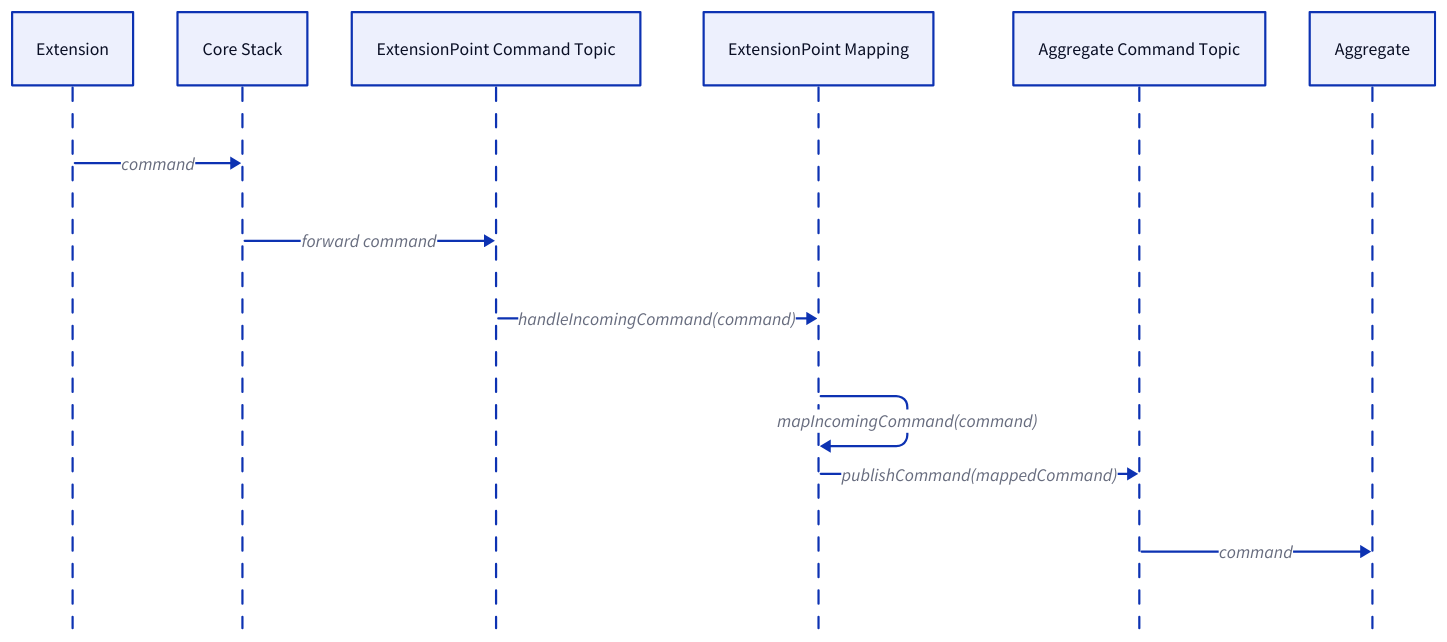
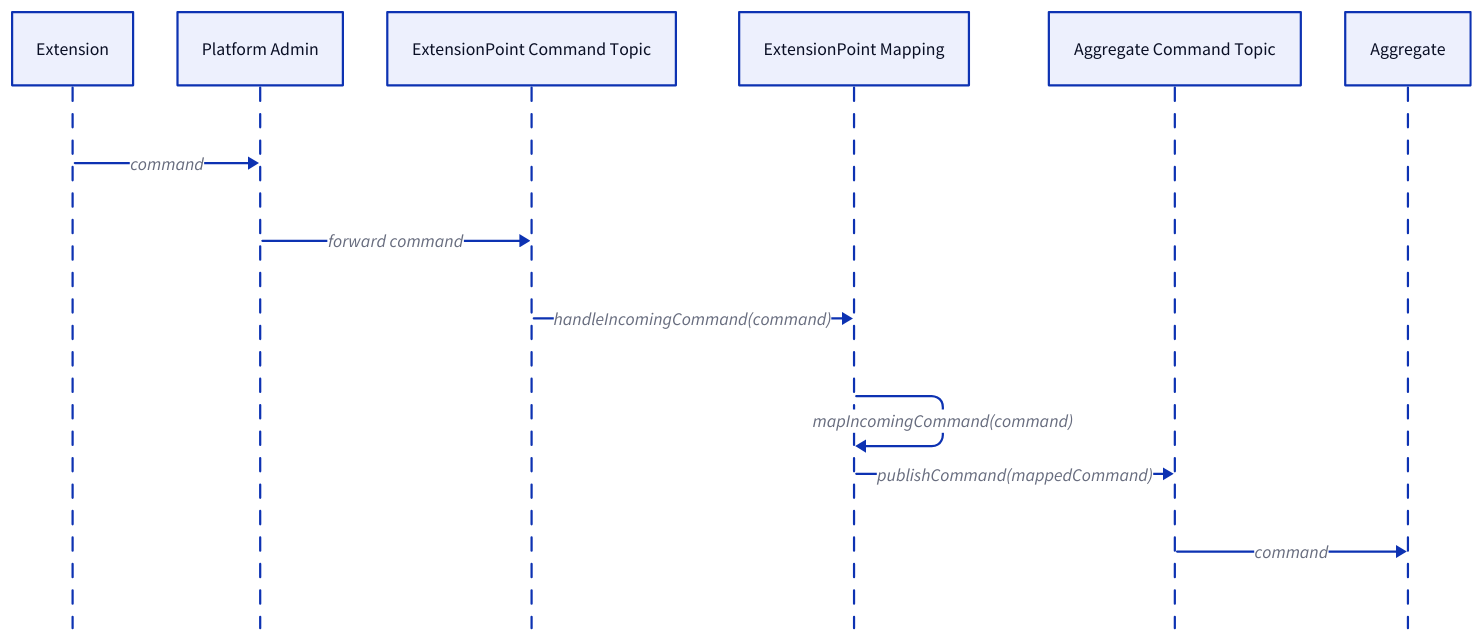
Before and after one commit to ReventlessDev/reventless-core: the third of 3 diagrams in packages/doc/docs-app/components/extensionpoint.md, drawn with D2. The commit also changed other lines of this file and 92 other files, not shown here.

````diff
--- a/packages/doc/docs-app/components/extensionpoint.md
+++ b/packages/doc/docs-app/components/extensionpoint.md
@@ -300,17 +300,17 @@
 ```d2
 shape: sequence_diagram
 
 Extension: Extension { class: extension }
-CoreStack: Core Stack { class: external-system }
+Admin: Platform Admin { class: external-system }
 EPCommandTopic: ExtensionPoint Command Topic { class: command-topic }
 EPMapping: ExtensionPoint Mapping { class: event-mapper }
 AggCommandTopic: Aggregate Command Topic { class: command-topic }
 Aggregate: Aggregate { class: aggregate }
 
-Extension -> CoreStack: command
-CoreStack -> EPCommandTopic: forward command
+Extension -> Admin: command
+Admin -> EPCommandTopic: forward command
 EPCommandTopic -> EPMapping: "handleIncomingCommand(command)"
 EPMapping -> EPMapping: "mapIncomingCommand(command)"
 EPMapping -> AggCommandTopic: "publishCommand(mappedCommand)"
 AggCommandTopic -> Aggregate: command
 ```
````
